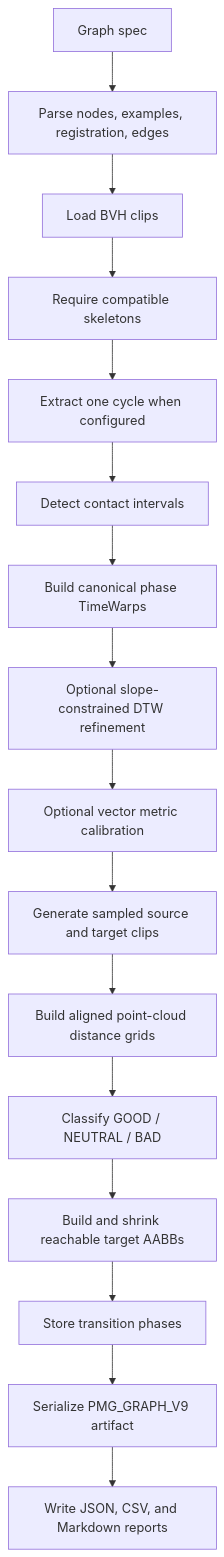
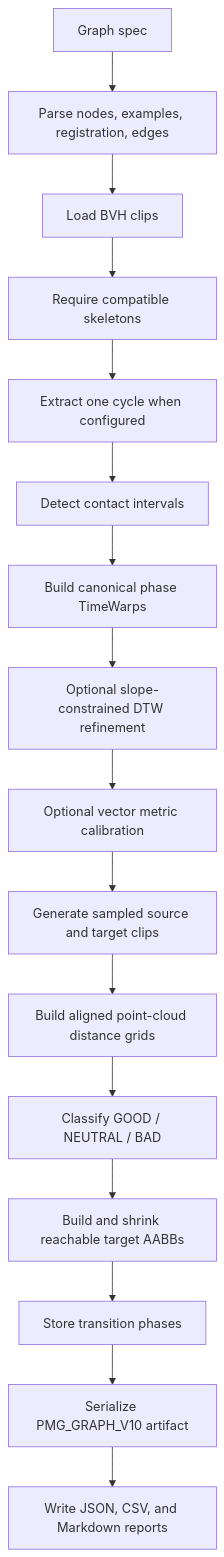
The first of 2 diagrams in docs/DESIGN.md (n01r1r/ParametricMotionGraphs), drawn with Mermaid before and after one commit. The commit also changed other lines of this file and 17 other files, not shown here.

````diff
--- a/docs/DESIGN.md
+++ b/docs/DESIGN.md
@@ -31,18 +31,18 @@
 ```mermaid
 flowchart TD
     A["Graph spec"] --> B["Parse nodes, examples, registration, edges"]
     B --> C["Load BVH clips"]
     C --> D["Require compatible skeletons"]
     D --> E["Extract one cycle when configured"]
     E --> F["Detect contact intervals"]
     F --> G["Build canonical phase TimeWarps"]
     G --> H["Optional slope-constrained DTW refinement"]
     H --> I["Optional vector metric calibration"]
     I --> J["Generate sampled source and target clips"]
     J --> K["Build aligned point-cloud distance grids"]
     K --> L["Classify GOOD / NEUTRAL / BAD"]
     L --> M["Build and shrink reachable target AABBs"]
     M --> N["Store transition phases"]
-    N --> O["Serialize PMG_GRAPH_V9 artifact"]
+    N --> O["Serialize PMG_GRAPH_V10 artifact"]
     O --> P["Write JSON, CSV, and Markdown reports"]
 ```
````
